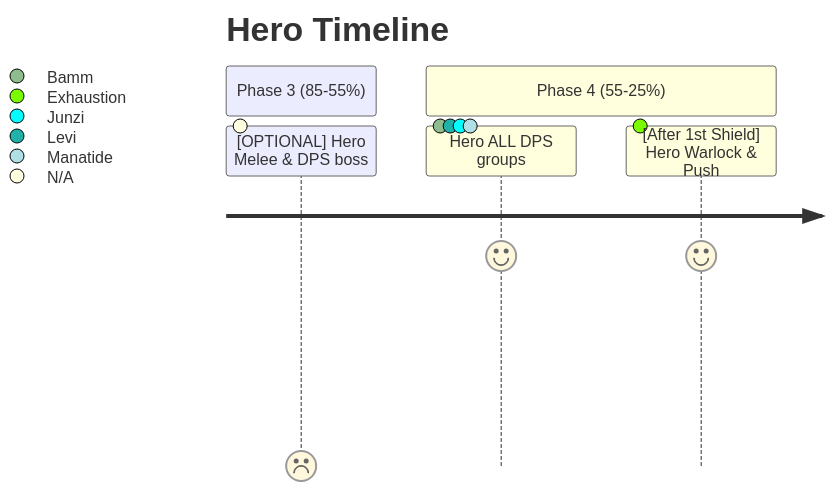
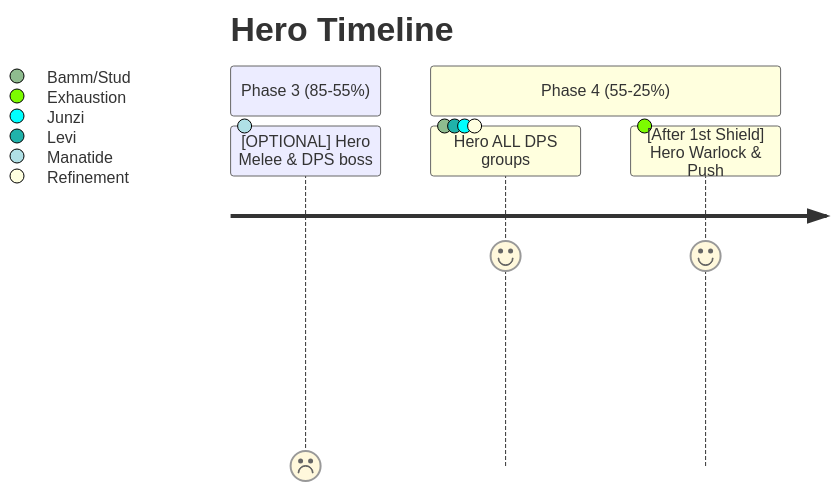
One commit to leemWF/READMEVault changed the tenth of 11 diagrams in wepulled/swp/README.md. Above: the diagram before and after it, drawn with Mermaid. The commit also changed other lines of this file, not shown here.

````diff
--- a/wepulled/swp/README.md
+++ b/wepulled/swp/README.md
@@ -221,9 +229,9 @@
 ```mermaid
 journey
     title Hero Timeline
     section Phase 3 (85-55%)
-      [OPTIONAL] Hero Melee & DPS boss: 0: N/A
+      [OPTIONAL] Hero Melee & DPS boss: 0: Manatide
     section Phase 4 (55-25%)
-      Hero ALL DPS groups: 7: Bamm, Levi, Junzi, Manatide
+      Hero ALL DPS groups: 7: Bamm/Stud, Levi, Junzi, Refinement
       [After 1st Shield] Hero Warlock & Push: 7: Exhaustion
 ```
````
